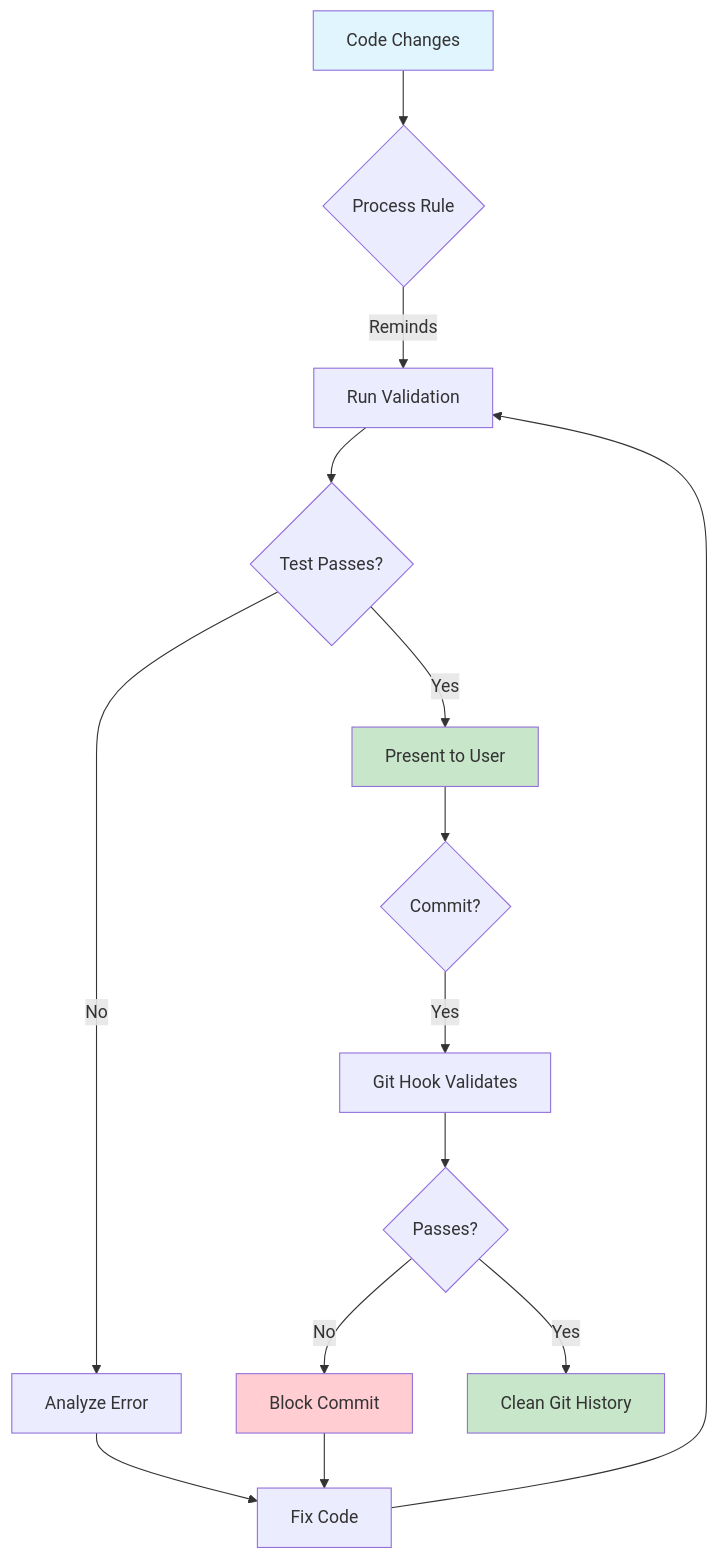
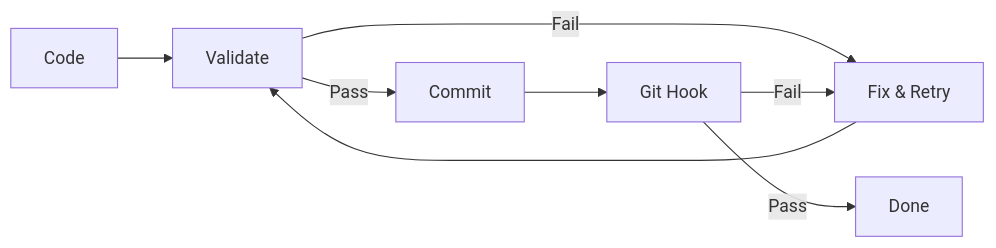
Before and after one commit to ambient-code/reference: the diagram in docs/patterns/autonomous-quality-enforcement.md, drawn with Mermaid. The commit also changed 8 other files, not shown here.

First line of the commit message:
docs: simplify mermaid diagrams for visual clarity (#17)

````diff
--- a/docs/patterns/autonomous-quality-enforcement.md
+++ b/docs/patterns/autonomous-quality-enforcement.md
@@ -87,21 +87,10 @@
 ```mermaid
-flowchart TD
-    A[Code Changes] --> B{Process Rule}
-    B -->|Reminds| C[Run Validation]
-    C --> D{Test Passes?}
-    D -->|No| E[Analyze Error]
-    E --> F[Fix Code]
-    F --> C
-    D -->|Yes| G[Present to User]
-    G --> H{Commit?}
-    H -->|Yes| I[Git Hook Validates]
-    I --> J{Passes?}
-    J -->|No| K[Block Commit]
-    K --> F
-    J -->|Yes| L[Clean Git History]
-
-    style A fill:#e1f5fe
-    style G fill:#c8e6c9
-    style L fill:#c8e6c9
-    style K fill:#ffcdd2
+flowchart LR
+    A[Code] --> B[Validate]
+    B -->|Fail| C[Fix & Retry]
+    C --> B
+    B -->|Pass| D[Commit]
+    D --> E[Git Hook]
+    E -->|Fail| C
+    E -->|Pass| F[Done]
 ```
````
